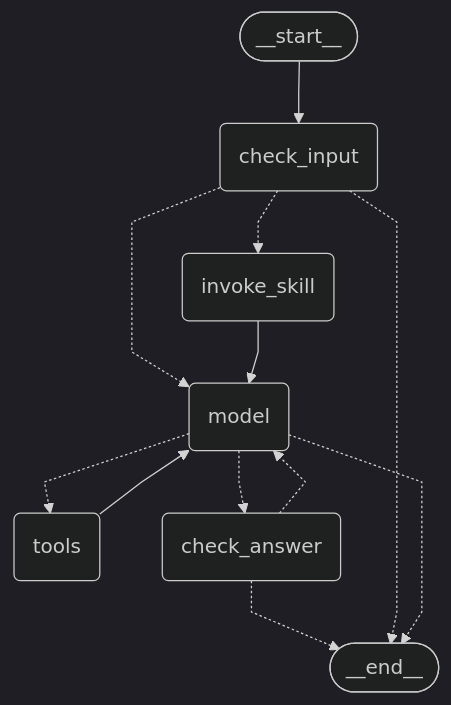
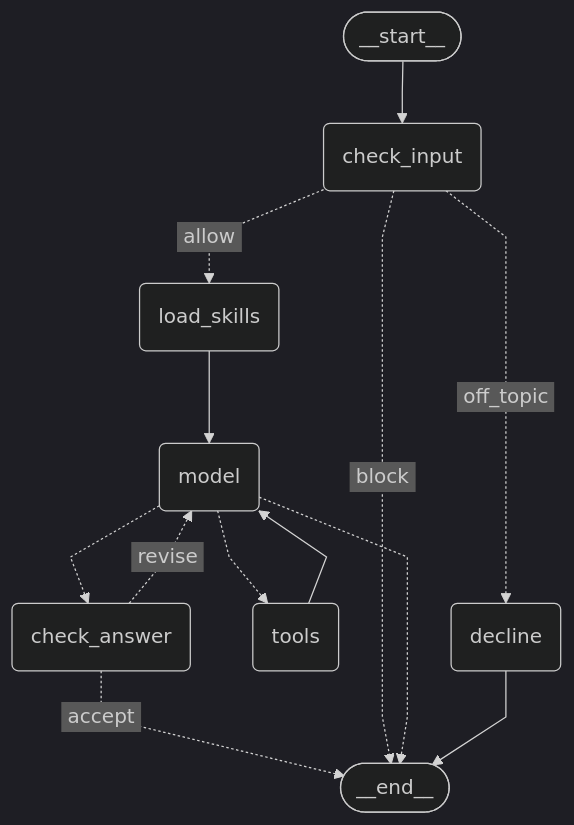
The diagram in docs/diagrams/agent-graph.md (hadifar/rag), drawn with Mermaid (dark theme) before and after one commit. The commit also changed other lines of this file and 5 other files, not shown here.

Commit message:
refactor(backend): load the turn's skills in one load_skills node

````diff
--- a/docs/diagrams/agent-graph.md
+++ b/docs/diagrams/agent-graph.md
@@ -5,26 +5,28 @@
 ```mermaid
 ---
 config:
   flowchart:
     curve: linear
 ---
 graph TD;
 	__start__([<p>__start__</p>]):::first
 	check_input(check_input)
-	invoke_skill(invoke_skill)
+	load_skills(load_skills)
 	model(model)
+	decline(decline)
 	tools(tools)
 	check_answer(check_answer)
 	__end__([<p>__end__</p>]):::last
 	__start__ --> check_input;
-	check_answer -.-> __end__;
-	check_answer -.-> model;
-	check_input -.-> __end__;
-	check_input -.-> invoke_skill;
-	check_input -.-> model;
-	invoke_skill --> model;
+	check_answer -. &nbsp;accept&nbsp; .-> __end__;
+	check_answer -. &nbsp;revise&nbsp; .-> model;
+	check_input -. &nbsp;block&nbsp; .-> __end__;
+	check_input -. &nbsp;off_topic&nbsp; .-> decline;
+	check_input -. &nbsp;allow&nbsp; .-> load_skills;
+	load_skills --> model;
 	model -.-> __end__;
 	model -.-> check_answer;
 	model -.-> tools;
 	tools --> model;
+	decline --> __end__;
 ```
````
